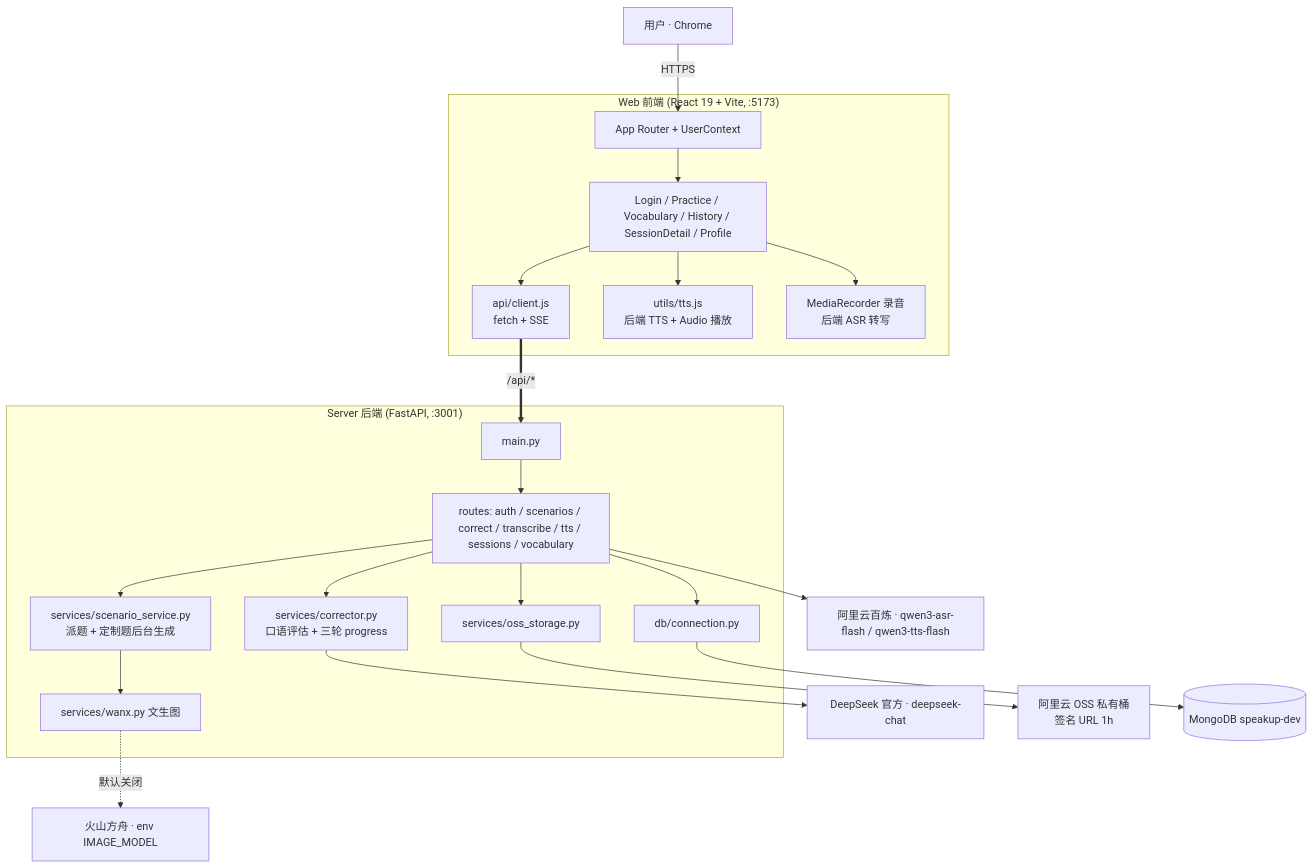
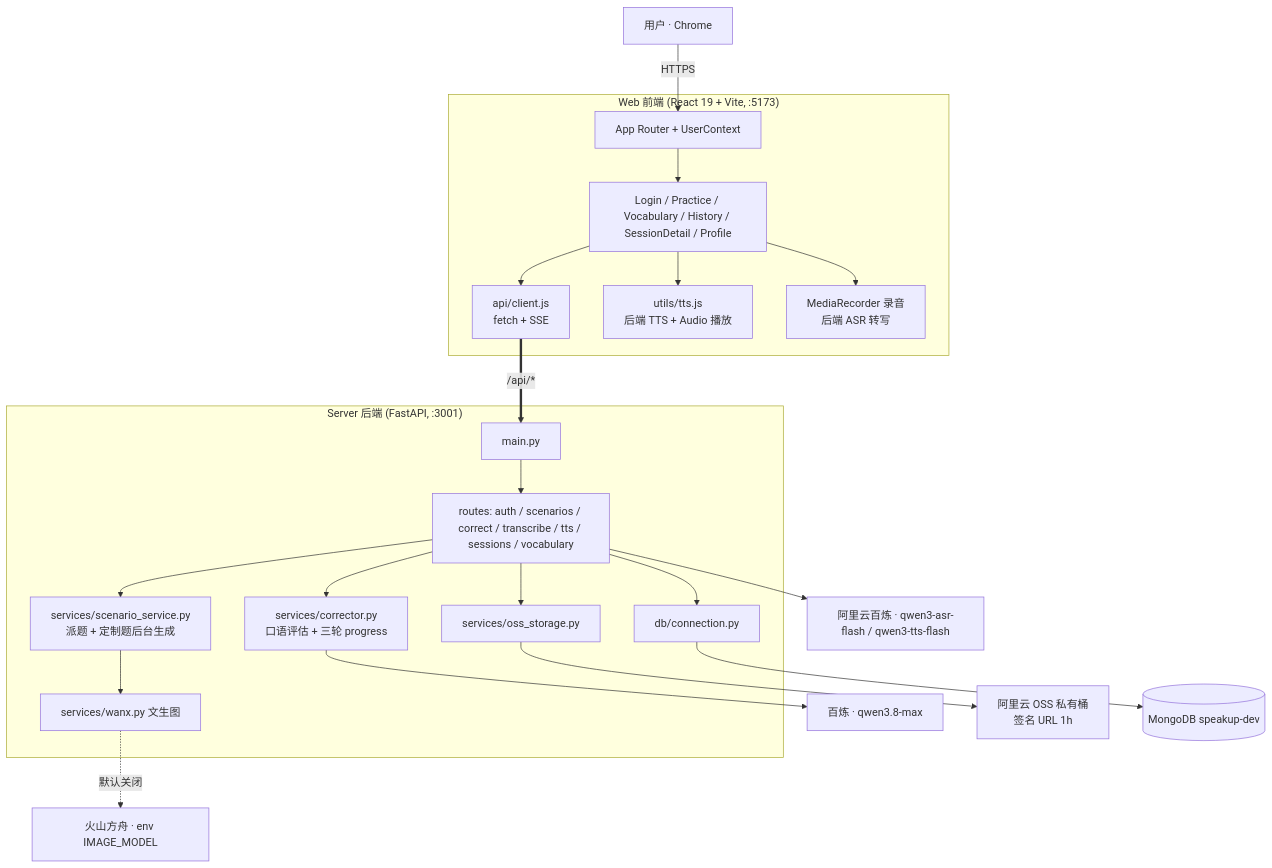
The first of 2 diagrams in docs/README.md (makewheels/speakup), drawn with Mermaid before and after one commit. The commit also changed 7 other files, not shown here.

````diff
--- a/docs/README.md
+++ b/docs/README.md
@@ -7,28 +7,28 @@
 ```mermaid
 graph TB
     User[用户 · Chrome] -->|HTTPS| Web
 
     subgraph "Web 前端 (React 19 + Vite, :5173)"
         Web[App Router + UserContext] --> Pages[Login / Practice / Vocabulary / History / SessionDetail / Profile]
         Pages --> Client[api/client.js<br/>fetch + SSE]
         Pages --> TTS[utils/tts.js<br/>后端 TTS + Audio 播放]
         Pages --> SR[MediaRecorder 录音<br/>后端 ASR 转写]
     end
 
     Client ==>|/api/*| API
 
     subgraph "Server 后端 (FastAPI, :3001)"
         API[main.py] --> R[routes: auth / scenarios / correct / transcribe / tts / sessions / vocabulary]
         R --> Corrector[services/corrector.py<br/>口语评估 + 三轮 progress]
         R --> Scen[services/scenario_service.py<br/>派题 + 定制题后台生成]
         Scen --> Wanx[services/wanx.py 文生图]
         R --> OSS[services/oss_storage.py]
         R --> DB[db/connection.py]
     end
 
-    Corrector --> DeepSeek[DeepSeek 官方 · deepseek-chat]
+    Corrector --> ChatModel[百炼 · qwen3.8-max]
     R --> Voice[阿里云百炼 · qwen3-asr-flash / qwen3-tts-flash]
     Wanx -.默认关闭.-> Seedream[火山方舟 · env IMAGE_MODEL]
     OSS --> Aliyun[阿里云 OSS 私有桶<br/>签名 URL 1h]
     DB --> Mongo[(MongoDB speakup-dev)]
 ```
````
